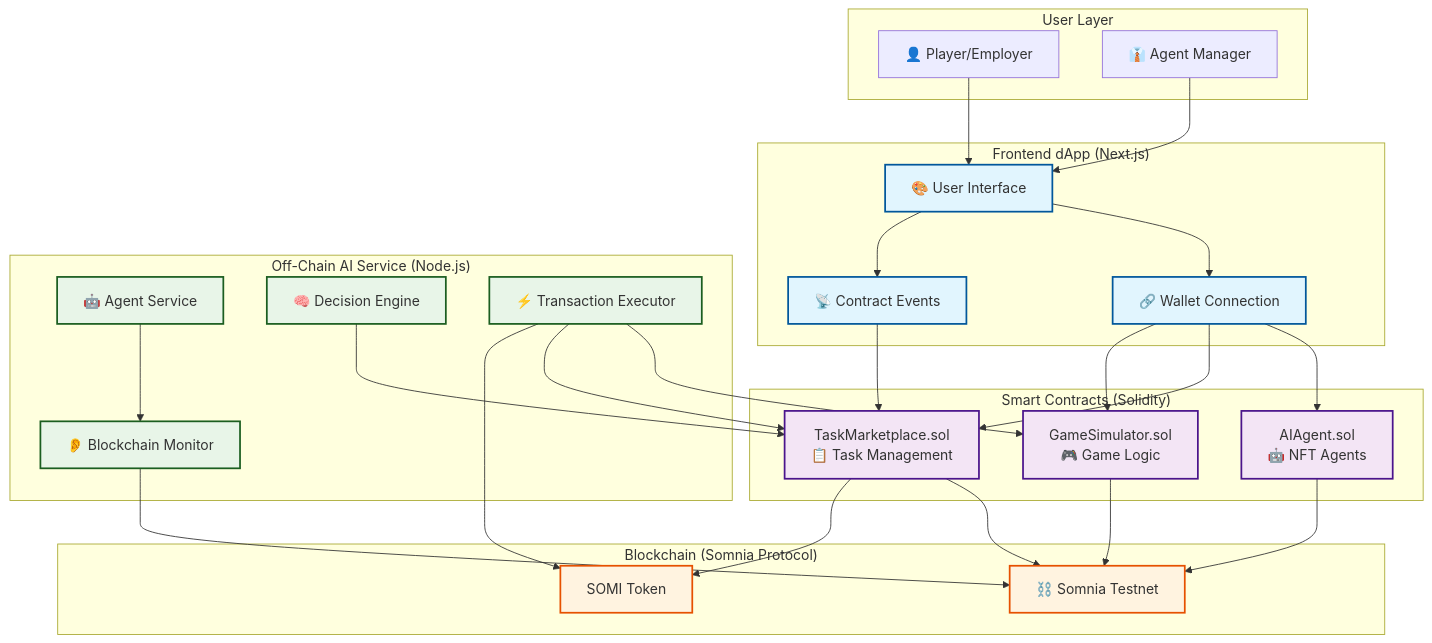
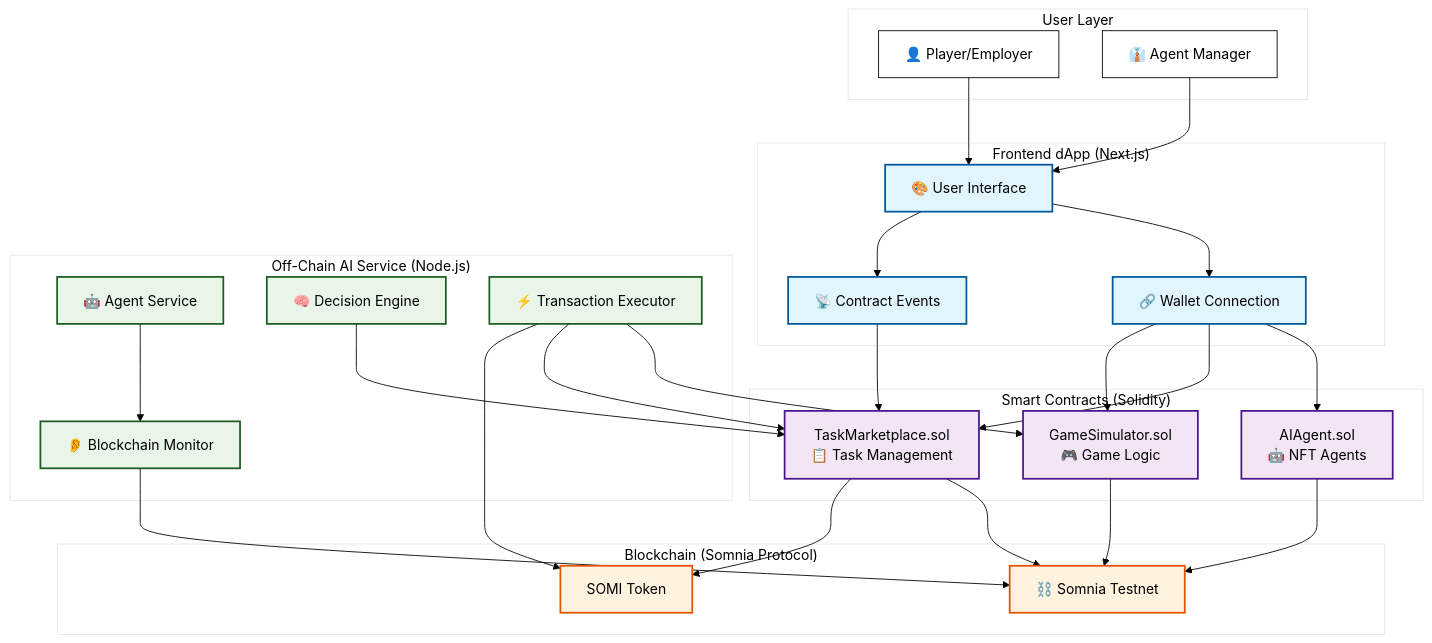
One commit to Marvy247/OracleMind changed the diagram in README.md. Above: the diagram before and after it, drawn with Mermaid.

````diff
--- a/README.md
+++ b/README.md
@@ -101,60 +101,61 @@
 ```mermaid
+%%{init: {'theme': 'base', 'themeVariables': { 'primaryTextColor': '#000000', 'primaryColor': '#ffffff', 'primaryBorderColor': '#000000', 'lineColor': '#000000', 'secondaryColor': '#ffffff', 'tertiaryColor': '#ffffff' }}}%%
 graph TB
     subgraph "User Layer"
         U[👤 Player/Employer]
         M[👔 Agent Manager]
     end
 
     subgraph "Frontend dApp (Next.js)"
         UI[🎨 User Interface]
         WC[🔗 Wallet Connection]
         CE[📡 Contract Events]
     end
 
     subgraph "Smart Contracts (Solidity)"
         AI[AIAgent.sol<br/>🤖 NFT Agents]
         TM[TaskMarketplace.sol<br/>📋 Task Management]
         GS[GameSimulator.sol<br/>🎮 Game Logic]
     end
 
     subgraph "Off-Chain AI Service (Node.js)"
         AS[🤖 Agent Service]
         BM[👂 Blockchain Monitor]
         DE[🧠 Decision Engine]
         TE[⚡ Transaction Executor]
     end
 
     subgraph "Blockchain (Somnia Protocol)"
         BC[⛓️ Somnia Testnet]
         SOMI[SOMI Token]
     end
 
     U --> UI
     M --> UI
     UI --> WC
     UI --> CE
     WC --> AI
     WC --> TM
     WC --> GS
     CE --> TM
     AS --> BM
     BM --> BC
     DE --> TM
     TE --> GS
     TE --> TM
     AI --> BC
     TM --> BC
     GS --> BC
     TM --> SOMI
     TE --> SOMI
 
     classDef frontend fill:#e1f5fe,stroke:#01579b,stroke-width:2px
     classDef contracts fill:#f3e5f5,stroke:#4a148c,stroke-width:2px
     classDef service fill:#e8f5e8,stroke:#1b5e20,stroke-width:2px
     classDef blockchain fill:#fff3e0,stroke:#e65100,stroke-width:2px
 
     class UI,WC,CE frontend
     class AI,TM,GS contracts
     class AS,BM,DE,TE service
     class BC,SOMI blockchain
 ```
````
